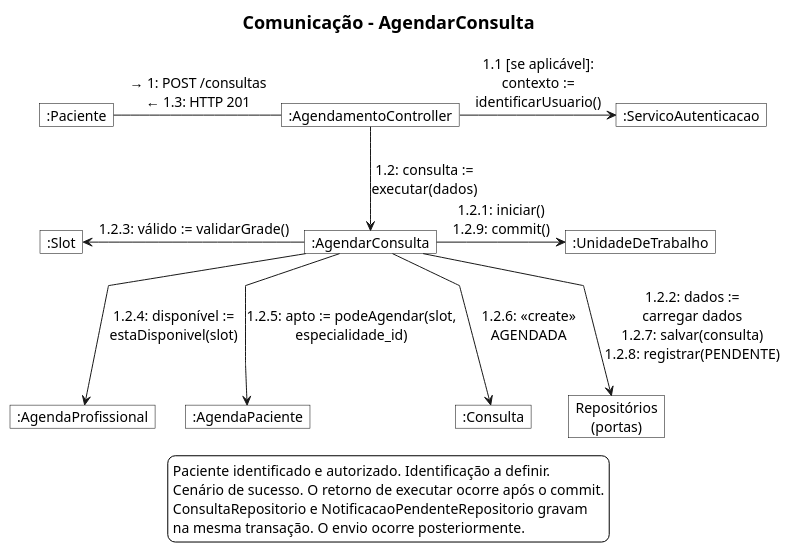
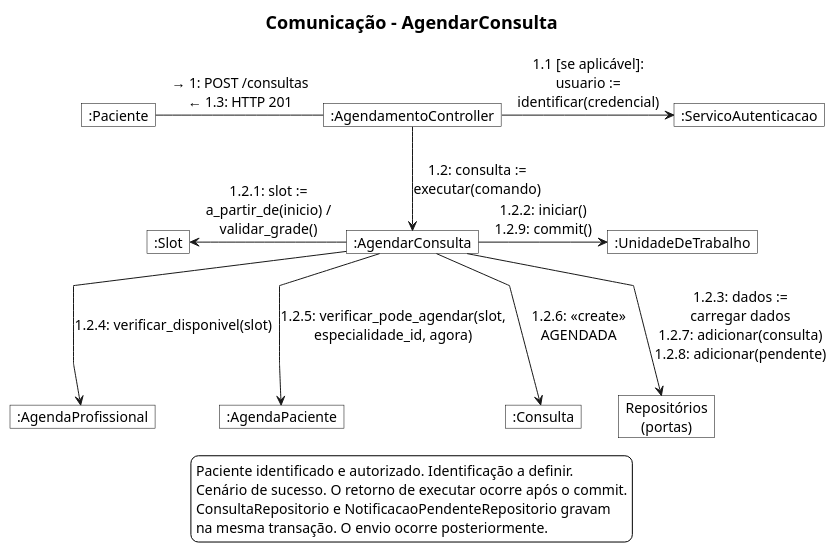
Before and after one commit to luizeduarte/agenda-clinica: the diagram in docs/diagramas/comunicacao.puml, drawn with PlantUML. The commit also changed 37 other files, not shown here.

```diff
--- a/docs/diagramas/comunicacao.puml
+++ b/docs/diagramas/comunicacao.puml
@@ -1,55 +1,55 @@
 @startuml comunicacao
 
 skinparam monochrome true
 skinparam backgroundColor white
 skinparam objectBackgroundColor white
 skinparam objectBorderColor black
 skinparam legendBackgroundColor white
 skinparam legendBorderColor black
 hide empty members
 skinparam shadowing false
 skinparam defaultFontName SansSerif
 skinparam defaultFontSize 14
 skinparam titleFontSize 18
 skinparam nodesep 30
 skinparam ranksep 64
 skinparam linetype polyline
 
 title Comunicação - AgendarConsulta
 
 object ":AgendamentoController" as C
 object ":ServicoAutenticacao" as Auth
 object ":AgendarConsulta" as UC
 object ":Slot" as Horario
 object ":UnidadeDeTrabalho" as UoW
 object "Repositórios\n(portas)" as Repos
 object ":AgendaProfissional" as AP
 object ":AgendaPaciente" as AC
 object ":Consulta" as Cons
 object ":Paciente" as P
 
 P -right- C : → 1: POST /consultas\n← 1.3: HTTP 201
-C -right-> Auth : 1.1 [se aplicável]:\ncontexto :=\nidentificarUsuario()
-C -down-> UC : 1.2: consulta :=\nexecutar(dados)
+C -right-> Auth : 1.1 [se aplicável]:\nusuario :=\nidentificar(credencial)
+C -down-> UC : 1.2: consulta :=\nexecutar(comando)
 
-UC -left-> Horario : 1.2.3: válido := validarGrade()
-UC -right-> UoW : 1.2.1: iniciar()\n1.2.9: commit()
+UC -left-> Horario : 1.2.1: slot :=\na_partir_de(inicio) /\nvalidar_grade()
+UC -right-> UoW : 1.2.2: iniciar()\n1.2.9: commit()
 ' O participante Repositórios agrupa portas distintas para compactar o desenho.
-UC -down-> Repos : 1.2.2: dados :=\ncarregar dados\n1.2.7: salvar(consulta)\n1.2.8: registrar(PENDENTE)
-UC -down-> AP : 1.2.4: disponível :=\nestaDisponivel(slot)
-UC -down-> AC : 1.2.5: apto := podeAgendar(slot,\nespecialidade_id)
+UC -down-> Repos : 1.2.3: dados :=\ncarregar dados\n1.2.7: adicionar(consulta)\n1.2.8: adicionar(pendente)
+UC -down-> AP : 1.2.4: verificar_disponivel(slot)
+UC -down-> AC : 1.2.5: verificar_pode_agendar(slot,\nespecialidade_id, agora)
 UC -down-> Cons : 1.2.6: «create»\nAGENDADA
 
 ' As ligações ocultas alinham os participantes abaixo do caso de uso.
 AP -[hidden]right-> AC
 AC -[hidden]right-> Cons
 Cons -[hidden]right-> Repos
 
 legend bottom
   Paciente identificado e autorizado. Identificação a definir.
   Cenário de sucesso. O retorno de executar ocorre após o commit.
   ConsultaRepositorio e NotificacaoPendenteRepositorio gravam
   na mesma transação. O envio ocorre posteriormente.
 endlegend
 
 @enduml
```
